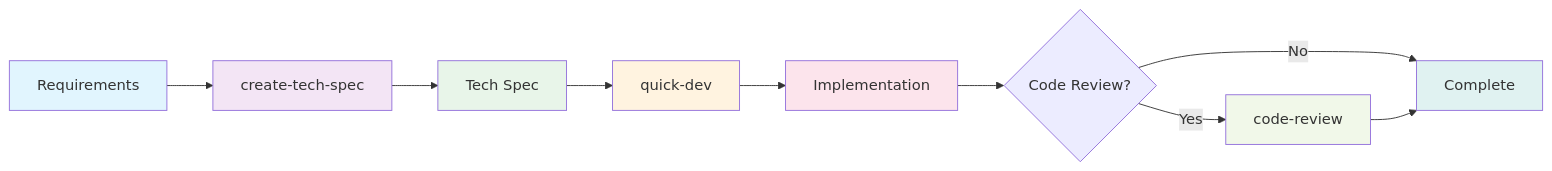
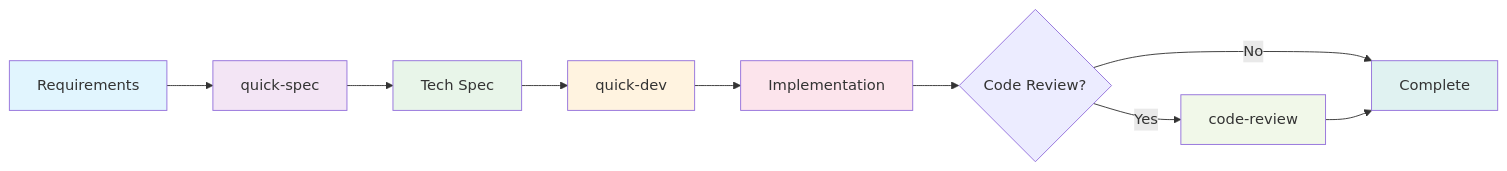
The diagram in docs/explanation/agents/barry-quick-flow.md (vivek-dataskate/CBLAeroDelivery), drawn with Mermaid before and after one commit. The commit also changed other lines of this file and 20 other files, not shown here.

Commit message:
refactor: rename create-tech-spec to quick-spec for QuickFlow branding (#1290)

````diff
--- a/docs/explanation/agents/barry-quick-flow.md
+++ b/docs/explanation/agents/barry-quick-flow.md
@@ -90,19 +90,19 @@
 ```mermaid
 flowchart LR
-    A[Requirements] --> B[create-tech-spec]
+    A[Requirements] --> B[quick-spec]
     B --> C[Tech Spec]
     C --> D[quick-dev]
     D --> E[Implementation]
     E --> F{Code Review?}
     F -->|Yes| G[code-review]
     F -->|No| H[Complete]
     G --> H[Complete]
 
     style A fill:#e1f5fe
     style B fill:#f3e5f5
     style C fill:#e8f5e9
     style D fill:#fff3e0
     style E fill:#fce4ec
     style G fill:#f1f8e9
     style H fill:#e0f2f1
 ```
````
